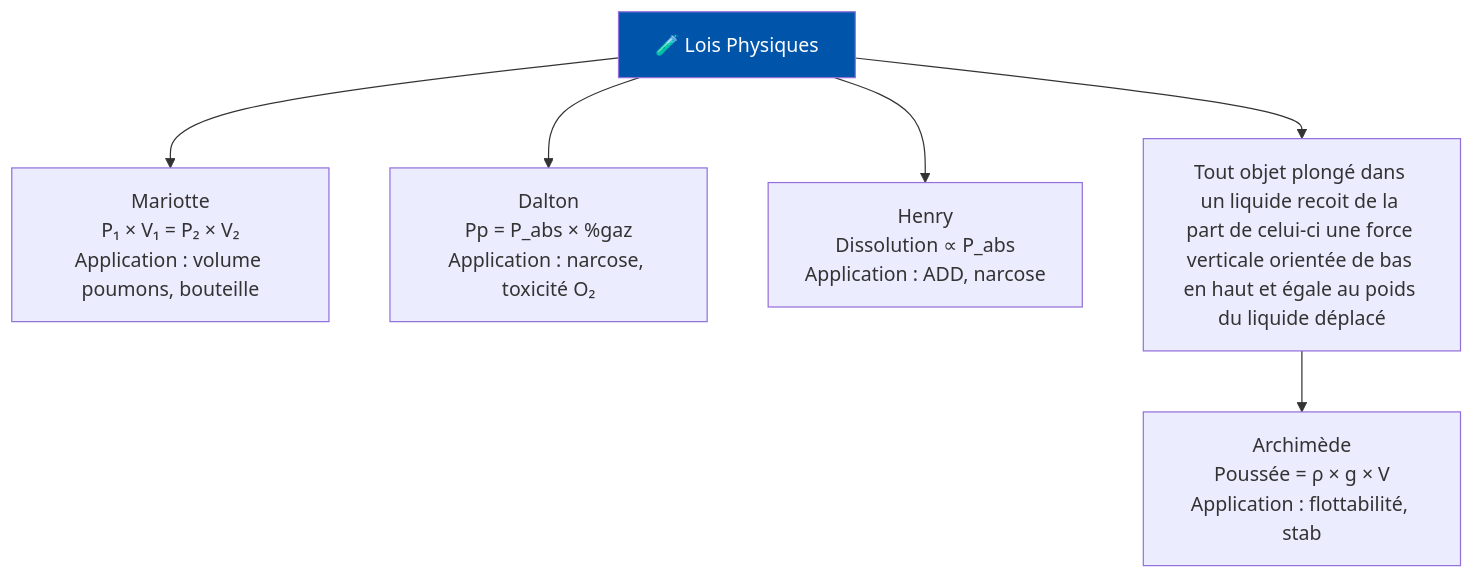
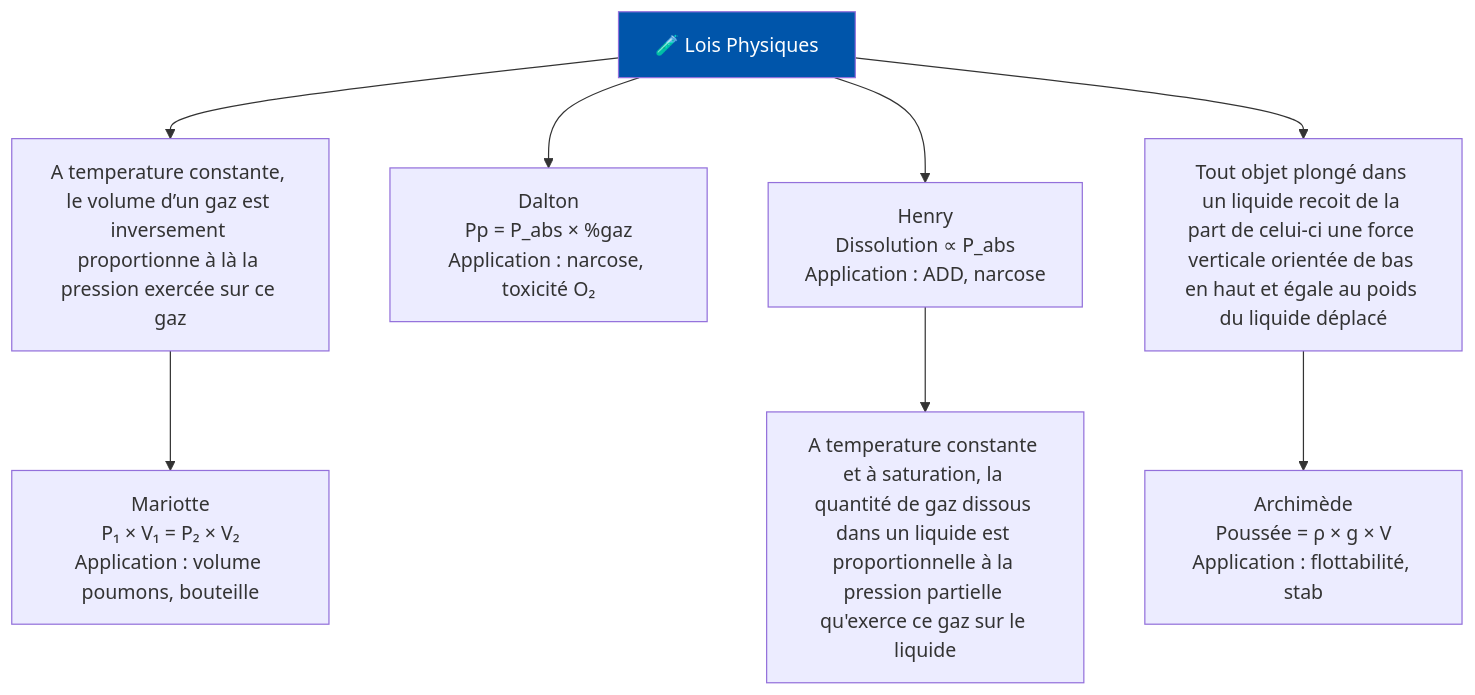
One commit to thomasGuibert/plongee changed the first of 5 diagrams in prepa-n2/N2_Materiel_Autonomie.md. Above: the diagram before and after it, drawn with Mermaid. The commit also changed 1 other file, not shown here.

````diff
--- a/prepa-n2/N2_Materiel_Autonomie.md
+++ b/prepa-n2/N2_Materiel_Autonomie.md
@@ -7,11 +7,13 @@
 ```mermaid
 flowchart TD
     ROOT["🧪 Lois Physiques"]
-    ROOT --> MARIO["Mariotte<br>P₁ × V₁ = P₂ × V₂<br>Application : volume poumons, bouteille"]
+    ROOT --> Mario["A temperature constante, le volume d’un gaz est inversement proportionne à là la pression exercée sur ce gaz"]
+    Mario --> MARIO_1["Mariotte<br>P₁ × V₁ = P₂ × V₂<br>Application : volume poumons, bouteille"]
     ROOT --> DALTON["Dalton<br>Pp = P_abs × %gaz<br>Application : narcose, toxicité O₂"]
     ROOT --> HENRY["Henry<br>Dissolution ∝ P_abs<br>Application : ADD, narcose"]
+    HENRY --> HENRY_1["A temperature constante et à saturation, la quantité de gaz dissous dans un liquide est proportionnelle à la pression partielle qu'exerce ce gaz sur le liquide"]
     ROOT --> ARCHI["Tout objet plongé dans un liquide recoit de la part de celui-ci une force verticale orientée de bas en haut et égale au poids du liquide déplacé"]
     ARCHI --> ARCHI_1["Archimède<br>Poussée = ρ × g × V<br>Application : flottabilité, stab"]
 
     style ROOT fill:#0055aa,color:#fff
 ```
````
